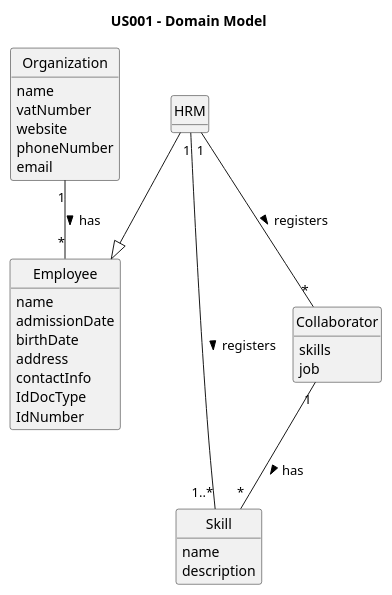
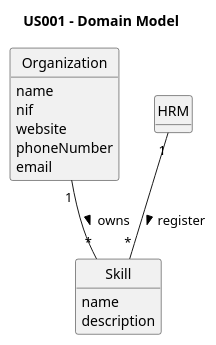
The diagram in docs/sprintA/us001/02.analysis/puml/us001-domain-model.puml (Rui-San/LAPR2_2023_2024), drawn with PlantUML before and after one commit. The commit also changed 1 other file, not shown here.

```diff
--- a/docs/sprintA/us001/02.analysis/puml/us001-domain-model.puml
+++ b/docs/sprintA/us001/02.analysis/puml/us001-domain-model.puml
@@ -1,55 +1,33 @@
 @startuml
 skinparam monochrome true
 skinparam packageStyle rectangle
 skinparam shadowing false
-
 'left to right direction
-
 skinparam classAttributeIconSize 0
 
 hide circle
 hide methods
 
 title US001 - Domain Model
 
 class Organization {
     name
-    vatNumber
+    nif
     website
     phoneNumber
     email
-}
-
-class Employee {
-    name
-    admissionDate
-    birthDate
-    address
-    contactInfo
-    IdDocType
-    IdNumber
-}
-
-class HRM{
-
 }
 
 class Skill{
     name
     description
 }
 
-class Collaborator{
-    skills
-    job
+class HRM{
+
 }
 
-
-
-Organization "1" -- "*" Employee : "has >"
-HRM --|> Employee
-HRM "1" -- "*" Collaborator : "registers >"
-HRM "1" -- "1..*" Skill : "registers >"
-Collaborator "1" -- "*" Skill : "has >"
+Organization "1" -- "*" Skill : "owns >"
+HRM "1" -- "*" Skill : "register >"
 
 @enduml
```
